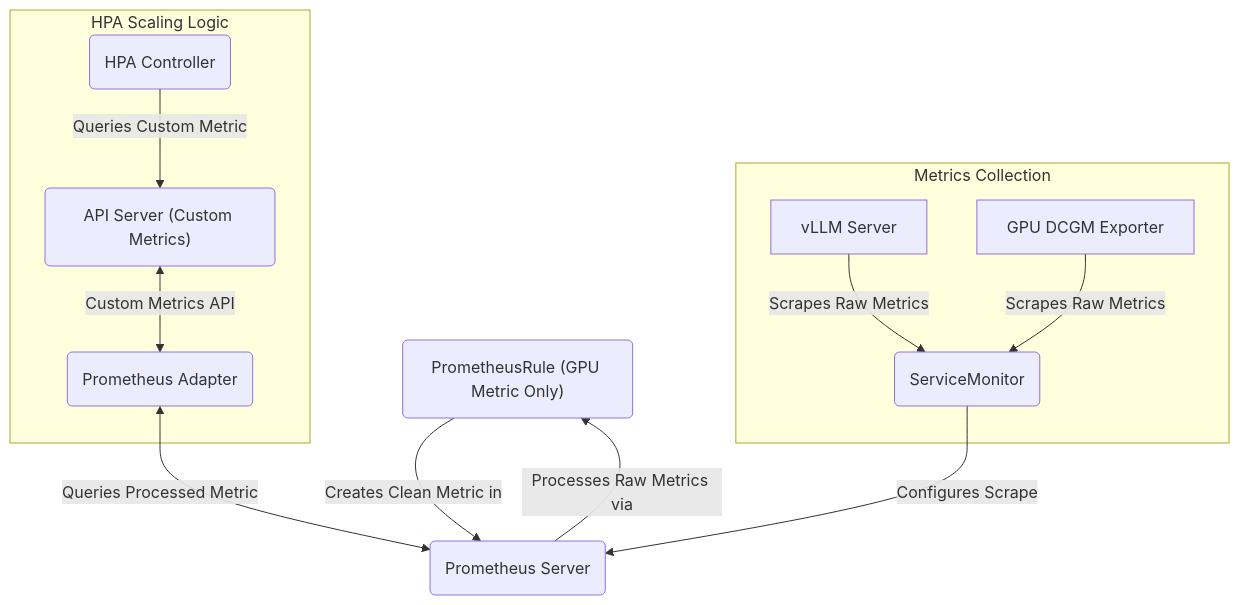
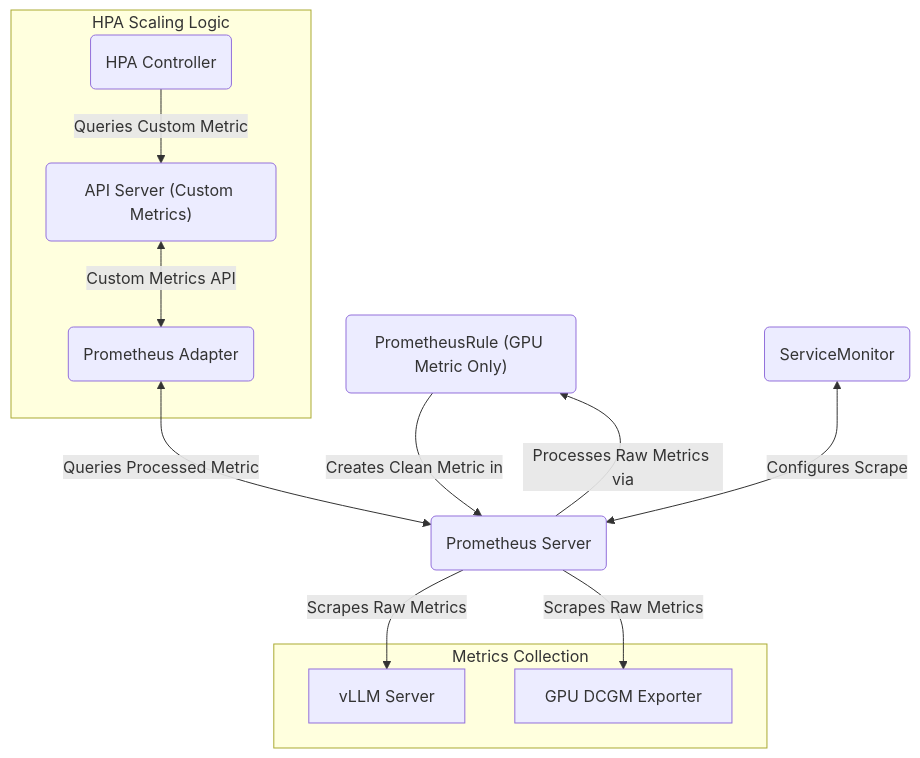
The diagram in ai/vllm-deployment/hpa/README.md (kubernetes/examples), drawn with Mermaid before and after one commit.

Commit message:
Updated mermaid diagram again

````diff
--- a/ai/vllm-deployment/hpa/README.md
+++ b/ai/vllm-deployment/hpa/README.md
@@ -23,23 +23,23 @@
 ```mermaid
 flowchart TD
  D("PrometheusRule (GPU Metric Only)")
  B("Prometheus Server")
+ C("ServiceMonitor")
  subgraph subGraph0["Metrics Collection"]
-        C("ServiceMonitor")
         A["vLLM Server"]
         H["GPU DCGM Exporter"]
   end
  subgraph subGraph1["HPA Scaling Logic"]
         E("Prometheus Adapter")
         F("API Server (Custom Metrics)")
         G("HPA Controller")
   end
-    A -- Scrapes Raw Metrics --> C
-    H -- Scrapes Raw Metrics --> C
-    C -- Configures Scrape --> B
+    B -- Scrapes Raw Metrics --> A
+    B -- Scrapes Raw Metrics --> H
+    C -- Configures Scrape <--> B
     B -- Processes Raw Metrics via --> D
     D -- Creates Clean Metric in --> B
     F -- Custom Metrics API <--> E
     E -- Queries Processed Metric <--> B
     G -- Queries Custom Metric --> F
 ```
````
